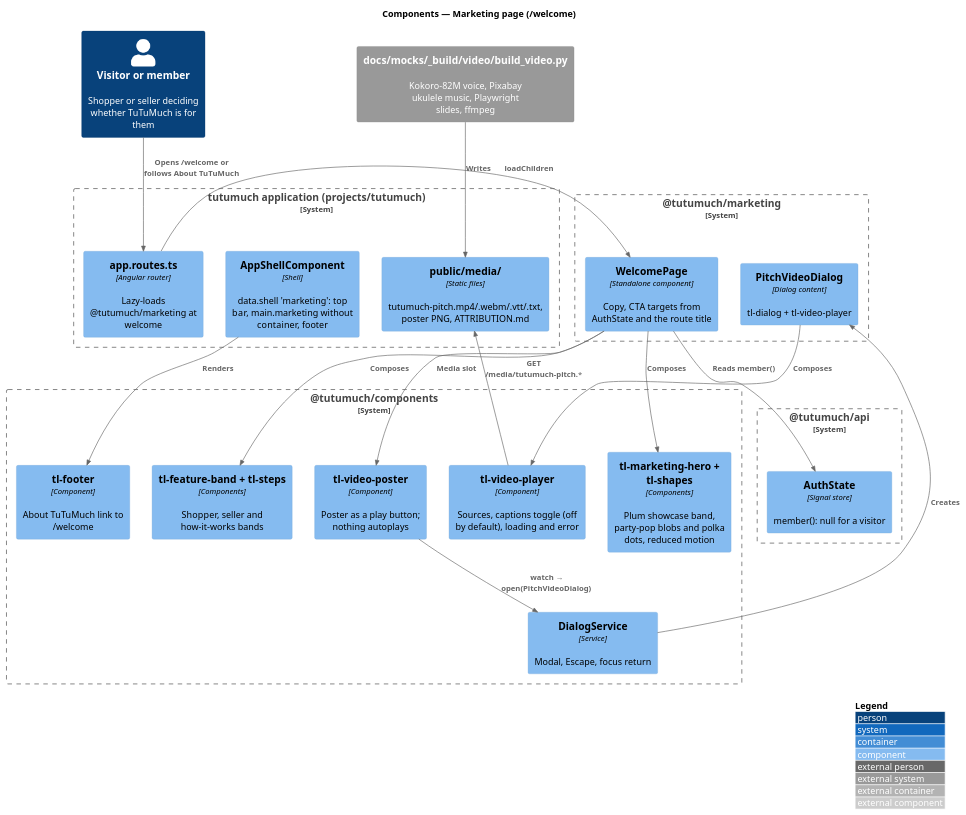
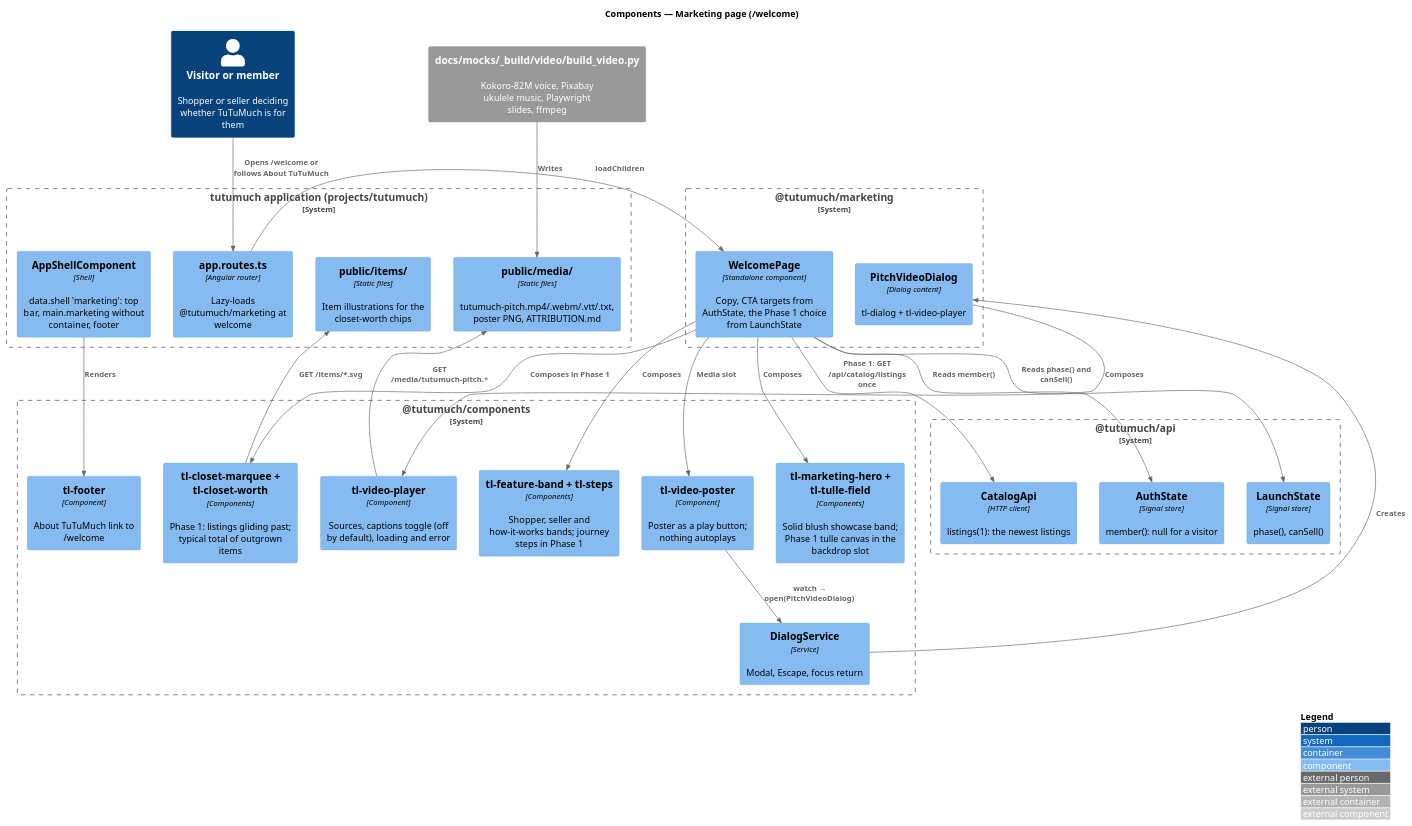
One commit to QuinntyneBrown/tutumuch changed the diagram in docs/detailed-designs/platform/marketing-page/diagrams/c4-component.puml. Above: the diagram before and after it, drawn with PlantUML. The commit also changed 121 other files, not shown here.

First line of the commit message:
Phase 1 marketing page: tulle field, closet marquee, closet worth and the shopper journey

```diff
--- a/docs/detailed-designs/platform/marketing-page/diagrams/c4-component.puml
+++ b/docs/detailed-designs/platform/marketing-page/diagrams/c4-component.puml
@@ -1,41 +1,49 @@
 @startuml
 !include <C4/C4_Component>
 LAYOUT_WITH_LEGEND()
 title Components — Marketing page (/welcome)
 
 Person(visitor, "Visitor or member", "Shopper or seller deciding whether TuTuMuch is for them")
 System_Boundary(app, "tutumuch application (projects/tutumuch)") {
   Component(routes, "app.routes.ts", "Angular router", "Lazy-loads @tutumuch/marketing at welcome")
   Component(shell, "AppShellComponent", "Shell", "data.shell 'marketing': top bar, main.marketing without container, footer")
   Component(media, "public/media/", "Static files", "tutumuch-pitch.mp4/.webm/.vtt/.txt, poster PNG, ATTRIBUTION.md")
+  Component(items, "public/items/", "Static files", "Item illustrations for the closet-worth chips")
 }
 System_Boundary(mkt, "@tutumuch/marketing") {
-  Component(page, "WelcomePage", "Standalone component", "Copy, CTA targets from AuthState and the route title")
+  Component(page, "WelcomePage", "Standalone component", "Copy, CTA targets from AuthState, the Phase 1 choice from LaunchState")
   Component(dialog, "PitchVideoDialog", "Dialog content", "tl-dialog + tl-video-player")
 }
 System_Boundary(cmp, "@tutumuch/components") {
-  Component(hero, "tl-marketing-hero + tl-shapes", "Components", "Plum showcase band, party-pop blobs and polka dots, reduced motion")
-  Component(band, "tl-feature-band + tl-steps", "Components", "Shopper, seller and how-it-works bands")
+  Component(hero, "tl-marketing-hero + tl-tulle-field", "Components", "Solid blush showcase band; Phase 1 tulle canvas in the backdrop slot")
+  Component(phase1, "tl-closet-marquee + tl-closet-worth", "Components", "Phase 1: listings gliding past; typical total of outgrown items")
+  Component(band, "tl-feature-band + tl-steps", "Components", "Shopper, seller and how-it-works bands; journey steps in Phase 1")
   Component(poster, "tl-video-poster", "Component", "Poster as a play button; nothing autoplays")
   Component(player, "tl-video-player", "Component", "Sources, captions toggle (off by default), loading and error")
   Component(dlg, "DialogService", "Service", "Modal, Escape, focus return")
   Component(footer, "tl-footer", "Component", "About TuTuMuch link to /welcome")
 }
 System_Boundary(api, "@tutumuch/api") {
   Component(auth, "AuthState", "Signal store", "member(): null for a visitor")
+  Component(launch, "LaunchState", "Signal store", "phase(), canSell()")
+  Component(catalog, "CatalogApi", "HTTP client", "listings(1): the newest listings")
 }
 System_Ext(build, "docs/mocks/_build/video/build_video.py", "Kokoro-82M voice, Pixabay ukulele music, Playwright slides, ffmpeg")
 
 Rel(visitor, routes, "Opens /welcome or follows About TuTuMuch")
 Rel(routes, page, "loadChildren")
 Rel(shell, footer, "Renders")
 Rel(page, hero, "Composes")
 Rel(page, band, "Composes")
 Rel(page, poster, "Media slot")
 Rel(page, auth, "Reads member()")
+Rel(page, launch, "Reads phase() and canSell()")
+Rel(page, phase1, "Composes in Phase 1")
+Rel(page, catalog, "Phase 1: GET /api/catalog/listings once")
+Rel(phase1, items, "GET /items/*.svg")
 Rel(poster, dlg, "watch → open(PitchVideoDialog)")
 Rel(dlg, dialog, "Creates")
 Rel(dialog, player, "Composes")
 Rel(player, media, "GET /media/tutumuch-pitch.*")
 Rel(build, media, "Writes")
 @enduml
```
